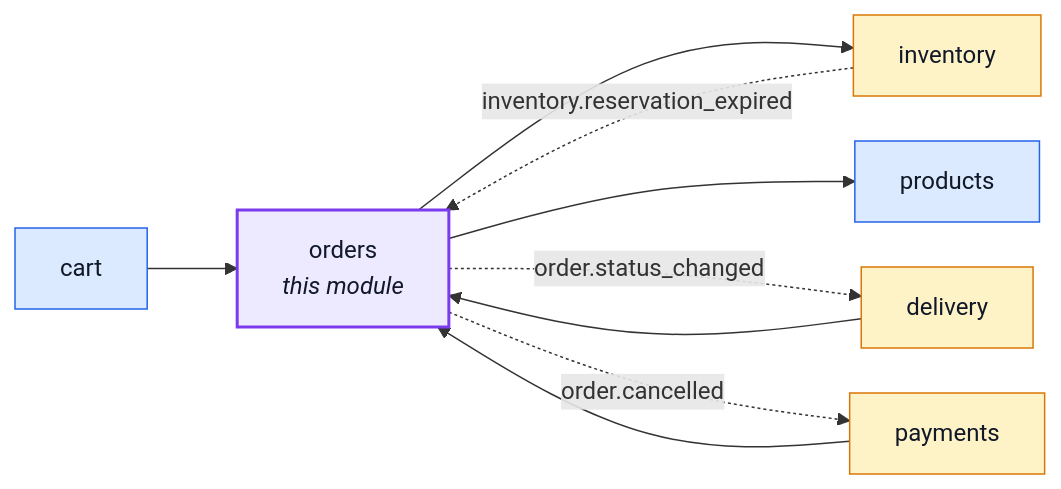
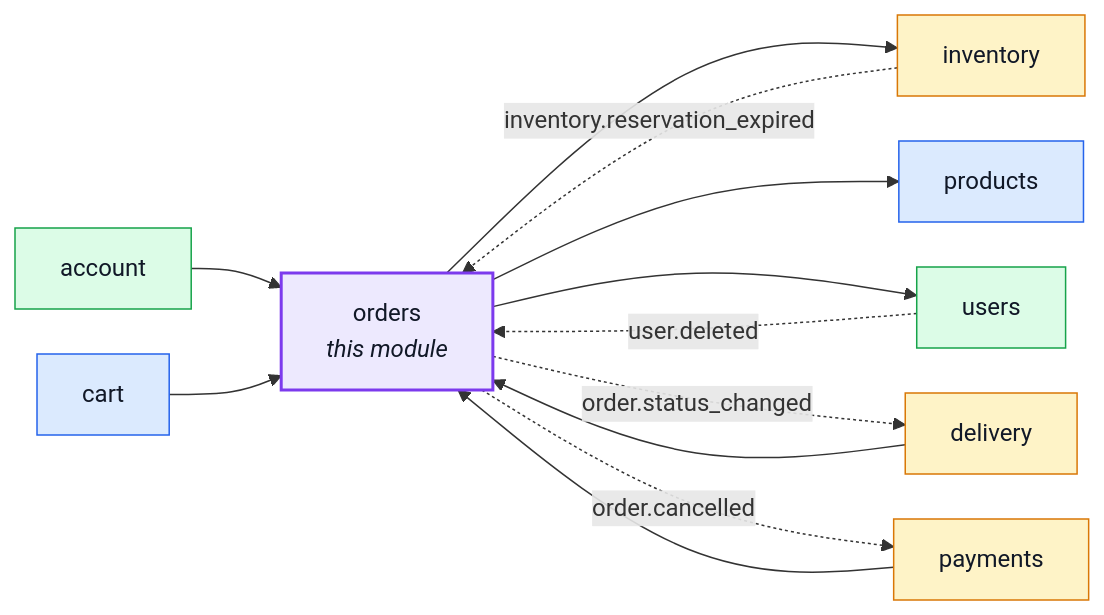
The first of 2 diagrams in docs/modules/orders.md (Guebbit/boilerplate-node-backend), drawn with Mermaid before and after one commit. The commit also changed 69 other files, not shown here.

````diff
--- a/docs/modules/orders.md
+++ b/docs/modules/orders.md
@@ -16,27 +16,33 @@
 ```mermaid
 %%{init: {'flowchart': {'nodeSpacing': 30, 'rankSpacing': 60}}}%%
 flowchart LR
     orders["orders<br/><i>this module</i>"]
+    account["account"]
     cart["cart"]
     delivery["delivery"]
     inventory["inventory"]
     payments["payments"]
     products["products"]
+    users["users"]
 
+    account --> orders
     cart --> orders
     delivery --> orders
     payments --> orders
     orders --> inventory
     orders --> products
+    orders --> users
     inventory -. "inventory.reservation_expired" .-> orders
+    users -. "user.deleted" .-> orders
     orders -. "order.status_changed" .-> delivery
     orders -. "order.cancelled" .-> payments
 
     classDef core fill:#dbeafe,stroke:#2563eb,color:#111827;
     classDef supporting fill:#fef3c7,stroke:#d97706,color:#111827;
     classDef generic fill:#dcfce7,stroke:#16a34a,color:#111827;
     classDef centre fill:#ede9fe,stroke:#7c3aed,stroke-width:2px,color:#111827;
     class cart,products core;
     class delivery,inventory,payments supporting;
+    class account,users generic;
     class orders centre;
 ```
````
